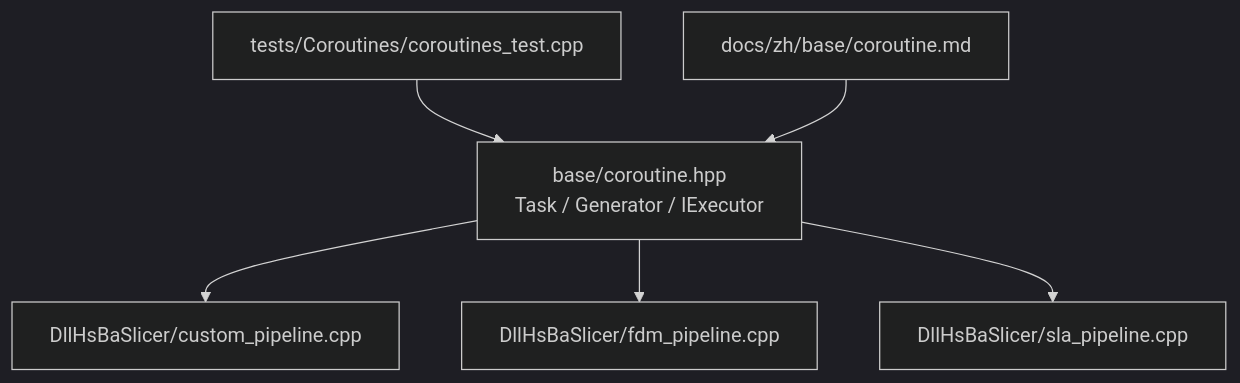
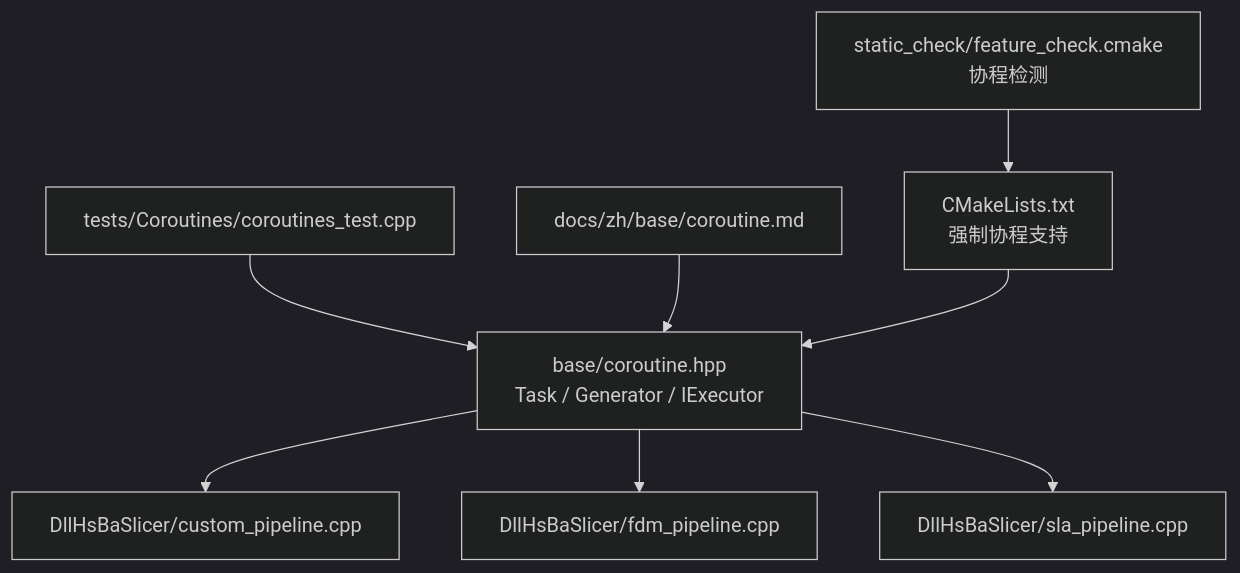
Before and after one commit to hsmbanlance/HsBaSlicer: the first of 9 diagrams in .qoder/repowiki/zh/content/核心模块详解/基础模块 (Base Module)/Coroutine 协程支持.md, drawn with Mermaid (dark theme). The commit also changed other lines of this file and 202 other files, not shown here.

````diff
--- a/.qoder/repowiki/zh/content/核心模块详解/基础模块 (Base Module)/Coroutine 协程支持.md
+++ b/.qoder/repowiki/zh/content/核心模块详解/基础模块 (Base Module)/Coroutine 协程支持.md
@@ -36,8 +48,10 @@
 ```mermaid
 graph TB
 A["base/coroutine.hpp<br/>Task / Generator / IExecutor"] --> B["DllHsBaSlicer/custom_pipeline.cpp"]
 A --> C["DllHsBaSlicer/fdm_pipeline.cpp"]
 A --> D["DllHsBaSlicer/sla_pipeline.cpp"]
 E["tests/Coroutines/coroutines_test.cpp"] --> A
 F["docs/zh/base/coroutine.md"] --> A
+G["CMakeLists.txt<br/>强制协程支持"] --> A
+H["static_check/feature_check.cmake<br/>协程检测"] --> G
 ```
````
